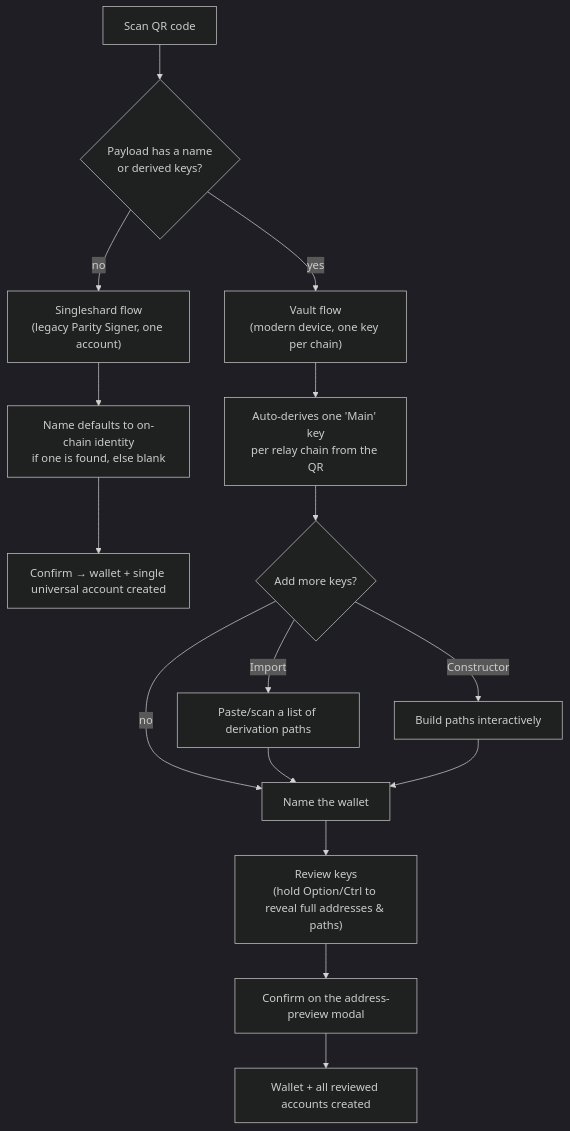
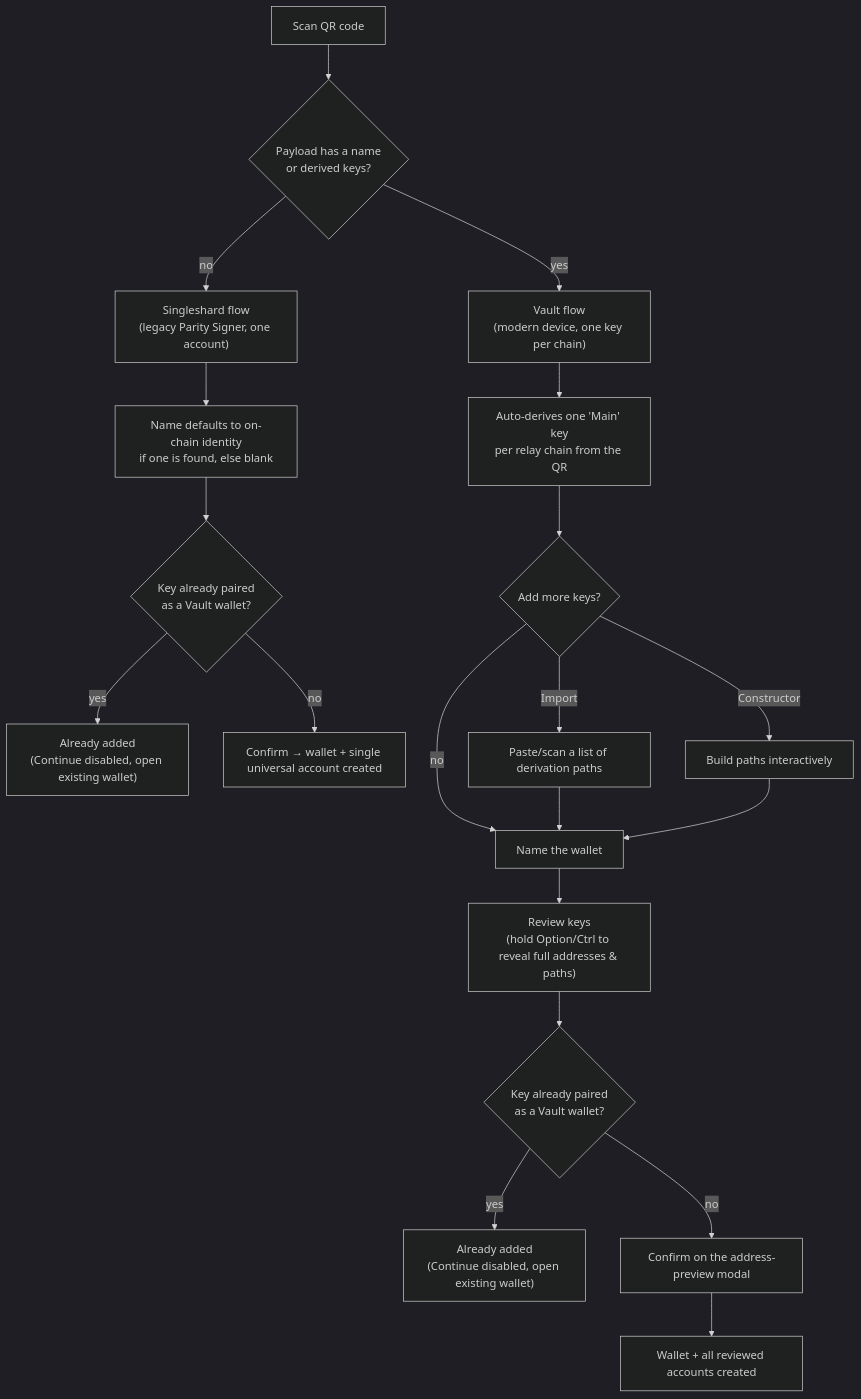
Before and after one commit to novasamatech/nova-spektr: the diagram in src/renderer/features/polkadot-vault-wallet-pairing/README.md, drawn with Mermaid (dark theme). The commit also changed other lines of this file and 18 other files, not shown here.

First line of the commit message:
fix(vault): block re-pairing an already added Polkadot Vault or watch-only wallet (#6027)

````diff
--- a/src/renderer/features/polkadot-vault-wallet-pairing/README.md
+++ b/src/renderer/features/polkadot-vault-wallet-pairing/README.md
@@ -24,20 +24,24 @@
 ```mermaid
 flowchart TD
     START["Scan QR code"] --> Q1{"Payload has a name<br/>or derived keys?"}
     Q1 -- "no" --> SINGLE["Singleshard flow<br/>(legacy Parity Signer, one account)"]
     Q1 -- "yes" --> VAULT["Vault flow<br/>(modern device, one key per chain)"]
 
     SINGLE --> S1["Name defaults to on-chain identity<br/>if one is found, else blank"]
-    S1 --> S2["Confirm → wallet + single universal account created"]
+    S1 --> SDUP{"Key already paired<br/>as a Vault wallet?"}
+    SDUP -- "yes" --> SBLOCKED["Already added<br/>(Continue disabled, open existing wallet)"]
+    SDUP -- "no" --> S2["Confirm → wallet + single universal account created"]
 
     VAULT --> V1["Auto-derives one 'Main' key<br/>per relay chain from the QR"]
     V1 --> V2{"Add more keys?"}
     V2 -- "Import" --> V3["Paste/scan a list of derivation paths"]
     V2 -- "Constructor" --> V4["Build paths interactively"]
     V2 -- "no" --> V5["Name the wallet"]
     V3 --> V5
     V4 --> V5
     V5 --> V6["Review keys<br/>(hold Option/Ctrl to reveal full addresses & paths)"]
-    V6 --> V7["Confirm on the address-preview modal"]
+    V6 --> VDUP{"Key already paired<br/>as a Vault wallet?"}
+    VDUP -- "yes" --> VBLOCKED["Already added<br/>(Continue disabled, open existing wallet)"]
+    VDUP -- "no" --> V7["Confirm on the address-preview modal"]
     V7 --> V8["Wallet + all reviewed accounts created"]
 ```
````
